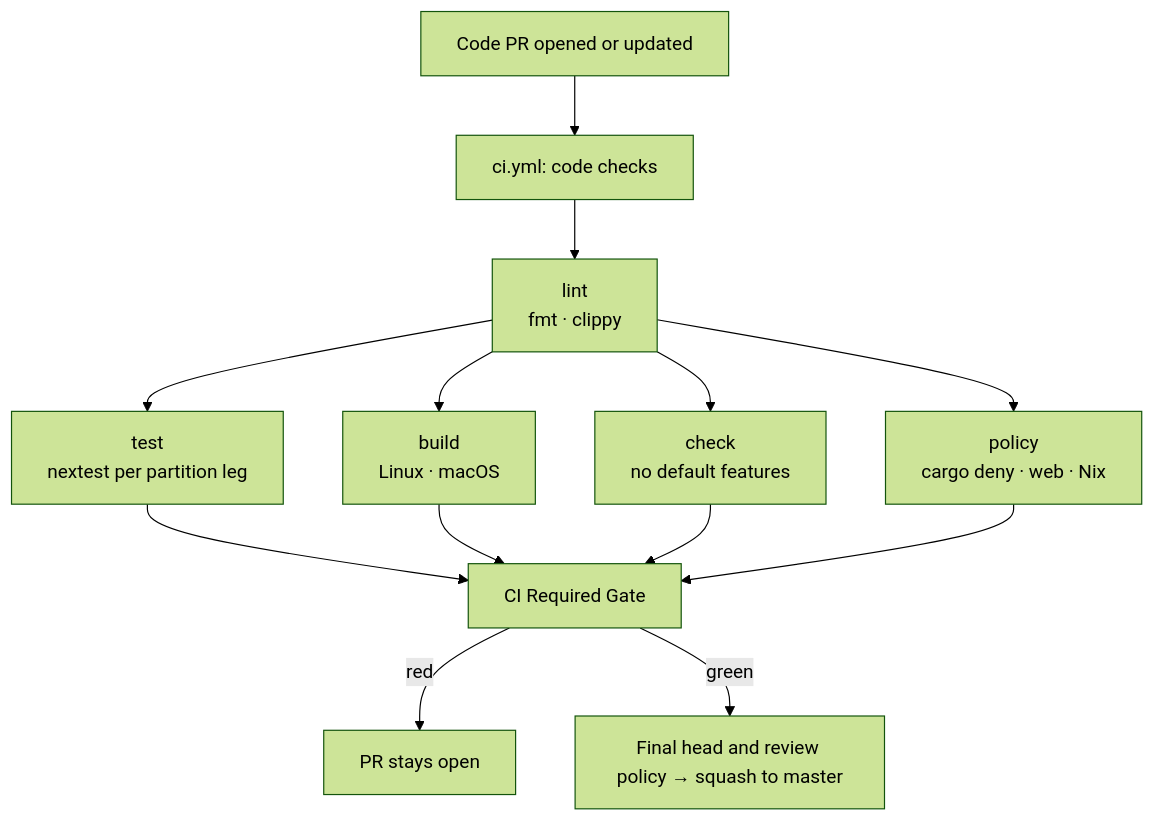
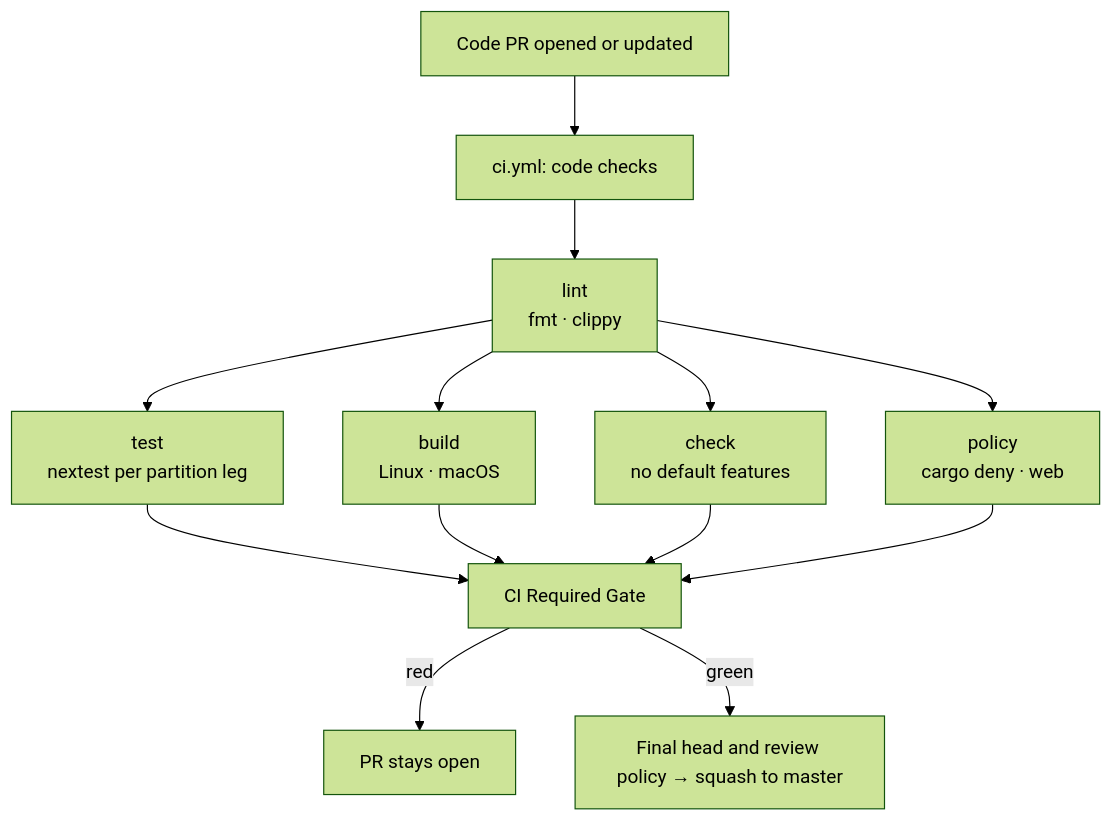
Before and after one commit to kckylechen1/ReiClaw: the diagram in .github/workflows/master-branch-flow.md, drawn with Mermaid (forest theme). The commit also changed other lines of this file and 58 other files, not shown here.

````diff
--- a/.github/workflows/master-branch-flow.md
+++ b/.github/workflows/master-branch-flow.md
@@ -122,12 +81,12 @@
 ```mermaid
 flowchart TD
   A["Code PR opened or updated"] --> B["ci.yml: code checks"]
   B --> L["lint\nfmt · clippy"]
   L --> T["test\nnextest per partition leg"]
   L --> BLD["build\nLinux · macOS"]
   L --> CHK["check\nno default features"]
-  L --> SEC["policy\ncargo deny · web · Nix"]
+  L --> SEC["policy\ncargo deny · web"]
   T & BLD & CHK & SEC --> G["CI Required Gate"]
   G -->|red| D["PR stays open"]
   G -->|green| R["Final head and review policy → squash to master"]
 ```
````
